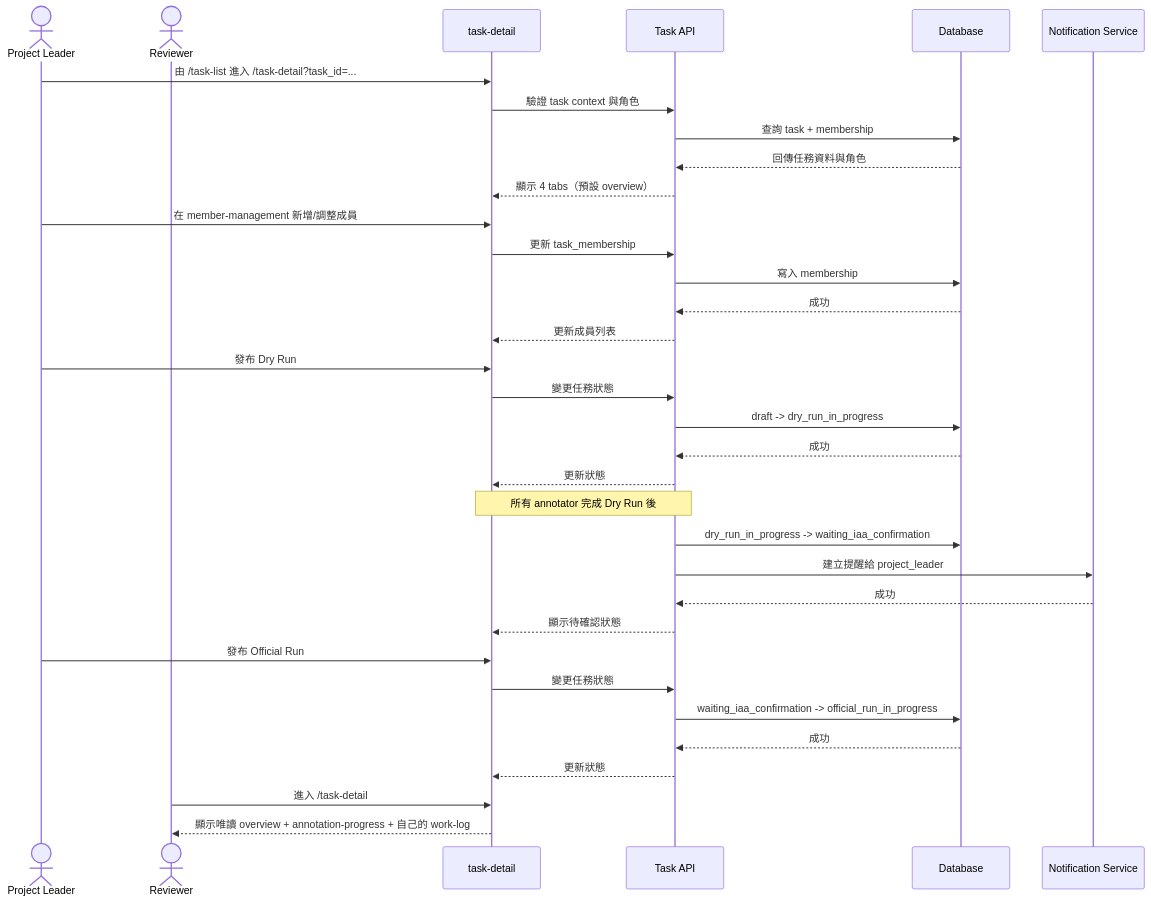
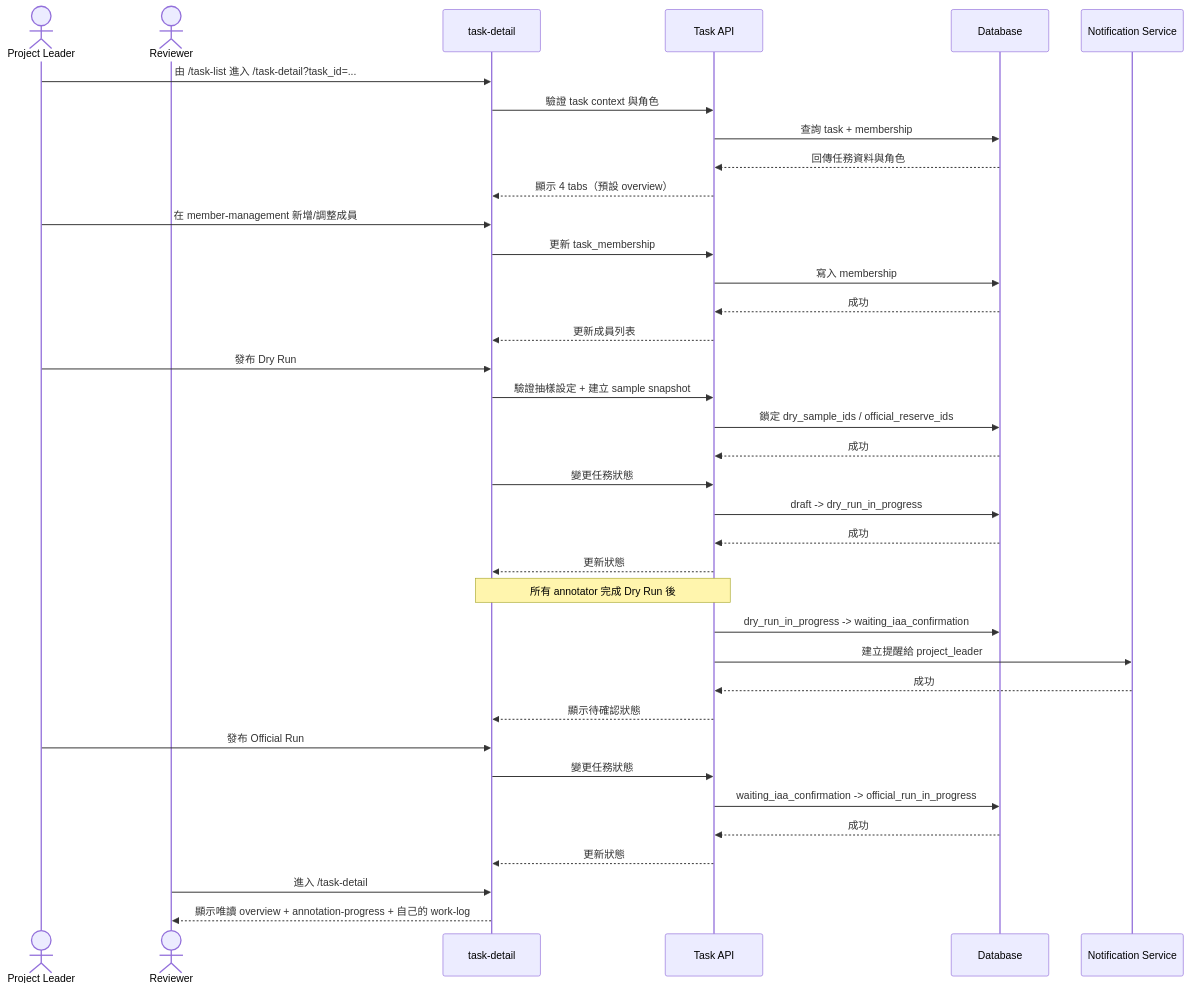
Before and after one commit to singyichen/label-suite: the first of 2 diagrams in specs/task-management/014-task-detail/spec.md, drawn with Mermaid. The commit also changed other lines of this file, not shown here.

````diff
--- a/specs/task-management/014-task-detail/spec.md
+++ b/specs/task-management/014-task-detail/spec.md
@@ -23,42 +31,45 @@
 ```mermaid
 sequenceDiagram
     actor PL as Project Leader
     actor RV as Reviewer
     participant UI as task-detail
     participant API as Task API
     participant DB as Database
     participant Notify as Notification Service
 
     PL->>UI: 由 /task-list 進入 /task-detail?task_id=...
     UI->>API: 驗證 task context 與角色
     API->>DB: 查詢 task + membership
     DB-->>API: 回傳任務資料與角色
     API-->>UI: 顯示 4 tabs（預設 overview）
 
     PL->>UI: 在 member-management 新增/調整成員
     UI->>API: 更新 task_membership
     API->>DB: 寫入 membership
     DB-->>API: 成功
     API-->>UI: 更新成員列表
 
     PL->>UI: 發布 Dry Run
+    UI->>API: 驗證抽樣設定 + 建立 sample snapshot
+    API->>DB: 鎖定 dry_sample_ids / official_reserve_ids
+    DB-->>API: 成功
     UI->>API: 變更任務狀態
     API->>DB: draft -> dry_run_in_progress
     DB-->>API: 成功
     API-->>UI: 更新狀態
 
     Note over UI,API: 所有 annotator 完成 Dry Run 後
     API->>DB: dry_run_in_progress -> waiting_iaa_confirmation
     API->>Notify: 建立提醒給 project_leader
     Notify-->>API: 成功
     API-->>UI: 顯示待確認狀態
 
     PL->>UI: 發布 Official Run
     UI->>API: 變更任務狀態
     API->>DB: waiting_iaa_confirmation -> official_run_in_progress
     DB-->>API: 成功
     API-->>UI: 更新狀態
 
     RV->>UI: 進入 /task-detail
     UI-->>RV: 顯示唯讀 overview + annotation-progress + 自己的 work-log
 ```
````
